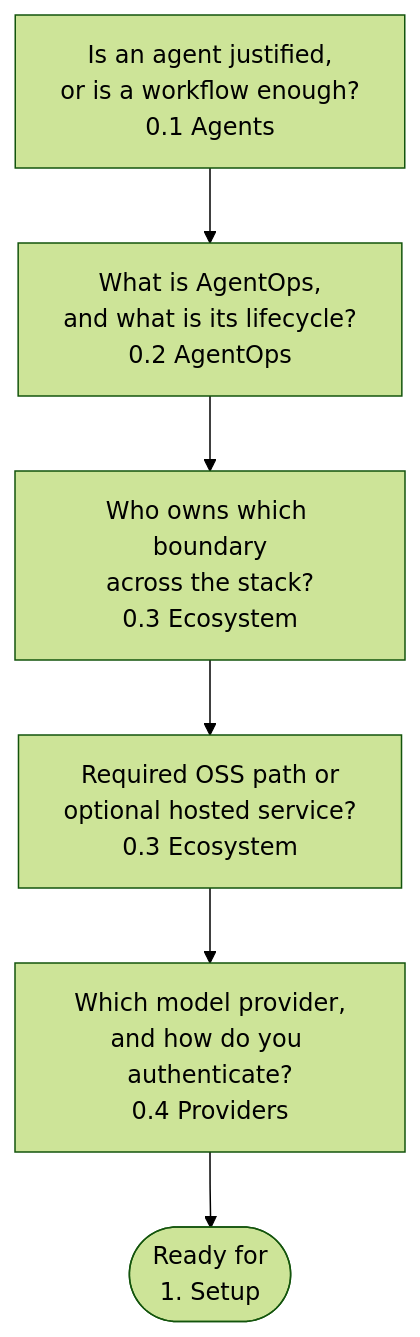
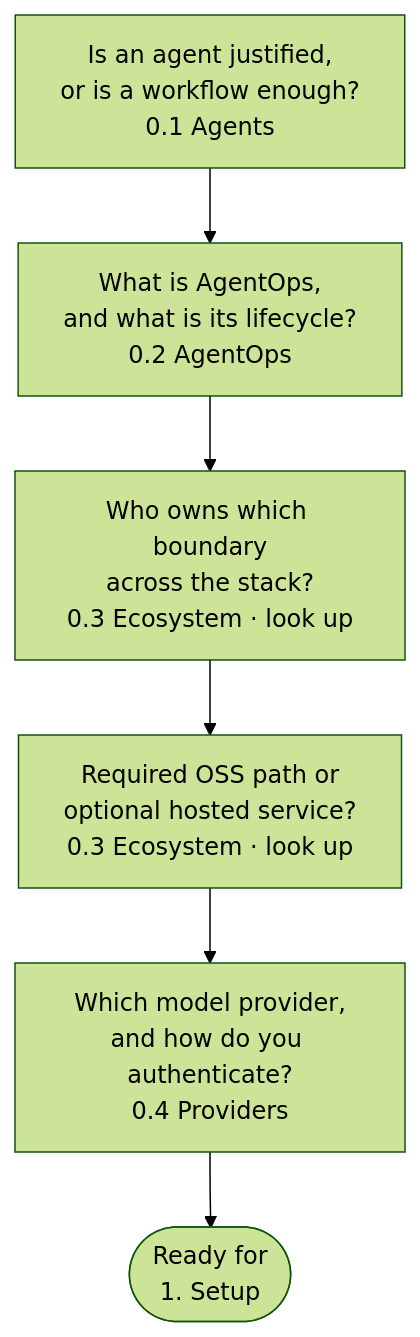
The diagram in docs/0. Overview/index.md (LuiGGi629/agentops-open-course), drawn with Mermaid (forest theme) before and after one commit. The commit also changed other lines of this file and 71 other files, not shown here.

First line of the commit message:
docs(course): order pages by the learner's dependency graph and add a practice loop

````diff
--- a/docs/0. Overview/index.md
+++ b/docs/0. Overview/index.md
@@ -38,8 +40,8 @@
 ```mermaid
 flowchart TD
     Q1["Is an agent justified,<br/>or is a workflow enough?<br/>0.1 Agents"] --> Q2["What is AgentOps,<br/>and what is its lifecycle?<br/>0.2 AgentOps"]
-    Q2 --> Q3["Who owns which boundary<br/>across the stack?<br/>0.3 Ecosystem"]
-    Q3 --> Q4["Required OSS path or<br/>optional hosted service?<br/>0.3 Ecosystem"]
+    Q2 --> Q3["Who owns which boundary<br/>across the stack?<br/>0.3 Ecosystem · look up"]
+    Q3 --> Q4["Required OSS path or<br/>optional hosted service?<br/>0.3 Ecosystem · look up"]
     Q4 --> Q5["Which model provider,<br/>and how do you authenticate?<br/>0.4 Providers"]
     Q5 --> Ready(["Ready for<br/>1. Setup"])
 ```
````
